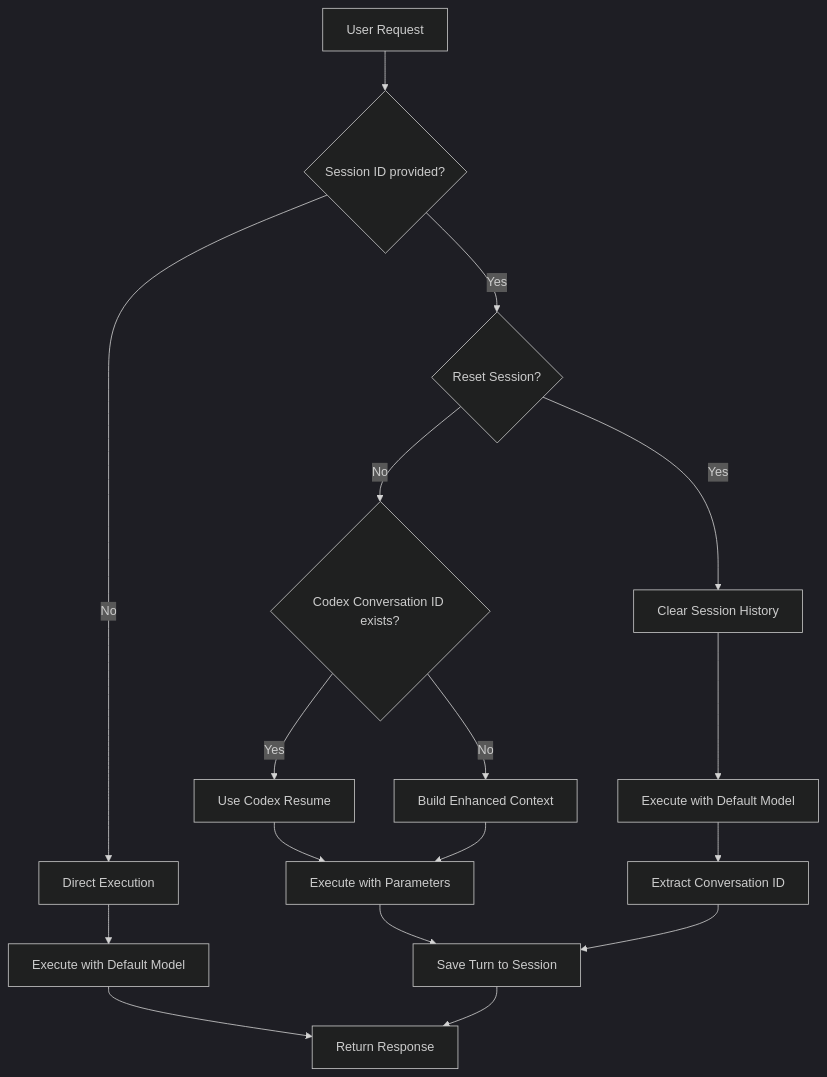
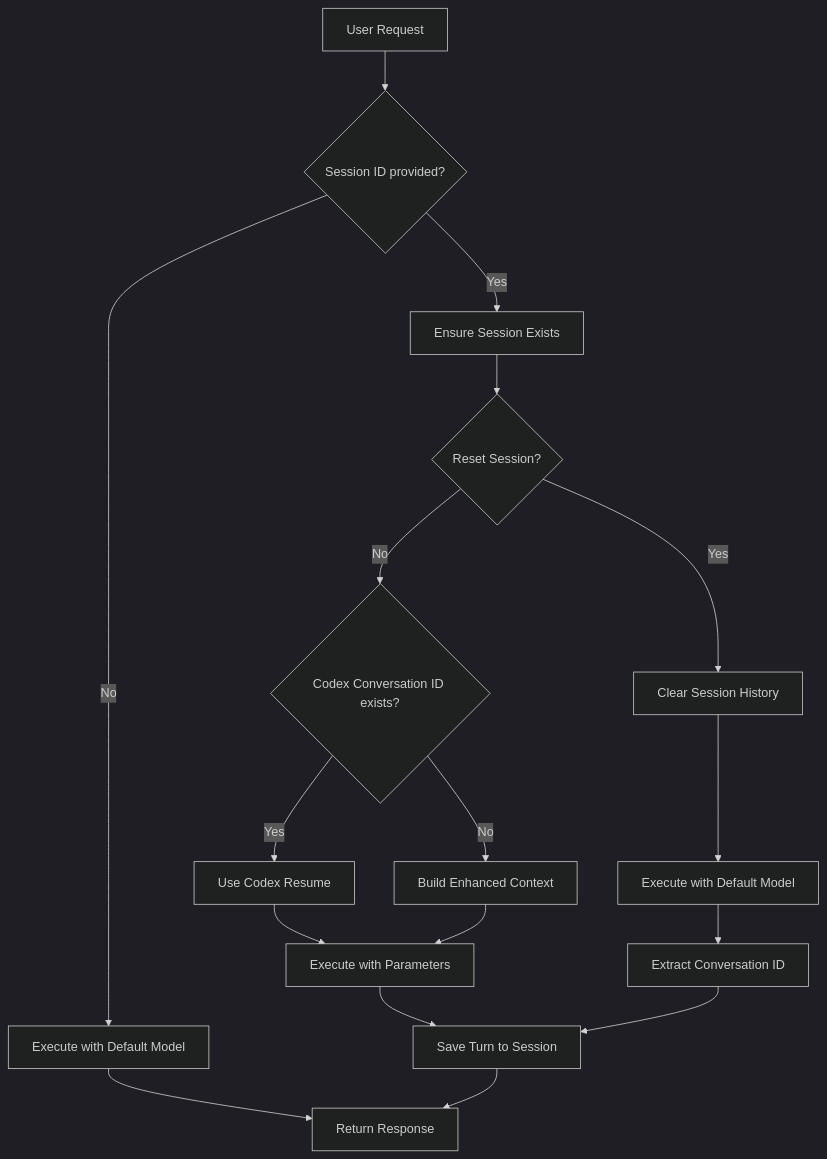
One commit to tuannvm/codex-mcp-server changed the diagram in docs/session-management.md. Above: the diagram before and after it, drawn with Mermaid (dark theme). The commit also changed other lines of this file and 1 other file, not shown here.

Commit message:
docs(session): clarify session creation behavior

````diff
--- a/docs/session-management.md
+++ b/docs/session-management.md
@@ -110,19 +110,19 @@
 ```mermaid
 graph TD
     A[User Request] --> B{Session ID provided?}
-    B -->|Yes| C{Reset Session?}
-    B -->|No| D[Direct Execution]
-    C -->|Yes| E[Clear Session History]
-    C -->|No| F{Codex Conversation ID exists?}
+    B -->|Yes| C[Ensure Session Exists]
+    C --> D{Reset Session?}
+    B -->|No| M[Execute with Default Model]
+    D -->|Yes| E[Clear Session History]
+    D -->|No| F{Codex Conversation ID exists?}
     E --> G[Execute with Default Model]
     F -->|Yes| H[Use Codex Resume]
     F -->|No| I[Build Enhanced Context]
     H --> J[Execute with Parameters]
     I --> J
     G --> K[Extract Conversation ID]
     J --> L[Save Turn to Session]
-    D --> M[Execute with Default Model]
     K --> L
     M --> N[Return Response]
     L --> N
 ```
````
